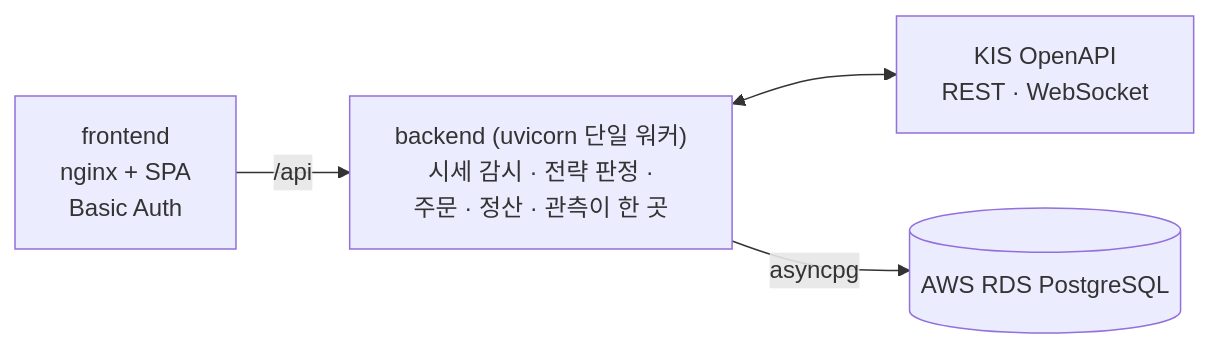
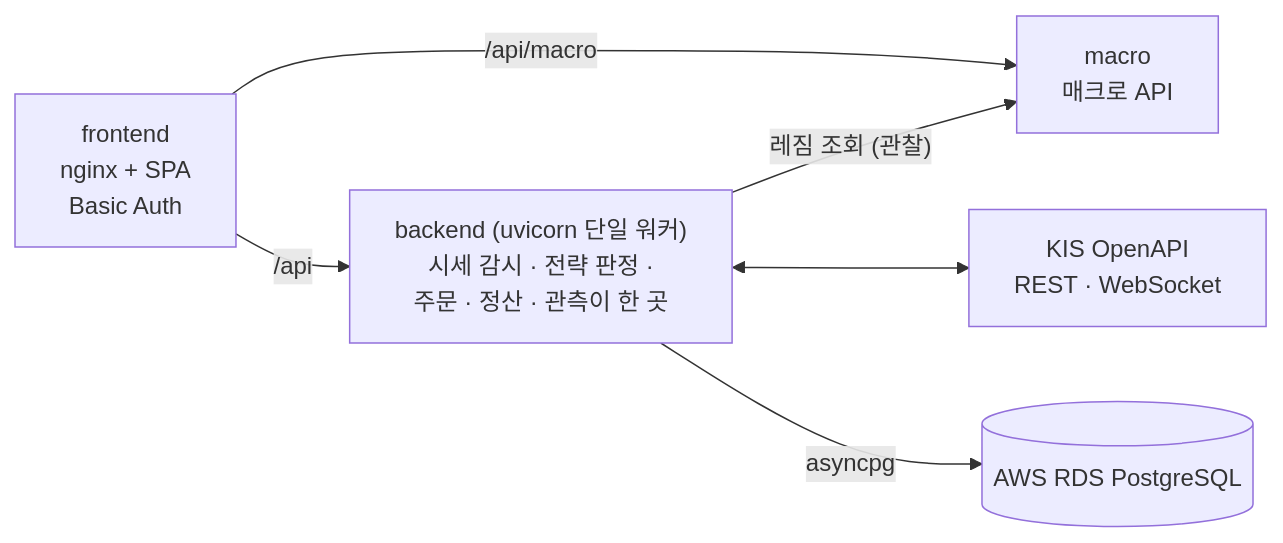
One commit to canduk910/auto_stock changed the third of 7 diagrams in README.md. Above: the diagram before and after it, drawn with Mermaid. The commit also changed other lines of this file and 4 other files, not shown here.

First line of the commit message:
docs: architecture.md 를 7전략 전체로 확대(§4 엔진 그림·멤버 표, §8 매수 신호 흐름 8.3~8.7) + Mermaid 때 찾은 불일치 정리(컨테이너 3개·배포 모드·README kojiro·깨진 앵커) + param_drift.py 모듈 맵 + cycle363 행 정정 부기

````diff
--- a/README.md
+++ b/README.md
@@ -668,10 +680,13 @@
 ```mermaid
 flowchart LR
     FE["frontend<br/>nginx + SPA<br/>Basic Auth"]
     BE["backend (uvicorn 단일 워커)<br/>시세 감시 · 전략 판정 ·<br/>주문 · 정산 · 관측이 한 곳"]
+    MAC["macro<br/>매크로 API"]
     KIS["KIS OpenAPI<br/>REST · WebSocket"]
     RDS[("AWS RDS PostgreSQL")]
     FE -->|"/api"| BE
+    FE -->|"/api/macro"| MAC
+    BE -->|"레짐 조회 (관찰)"| MAC
     BE <--> KIS
     BE -->|"asyncpg"| RDS
 ```
````
